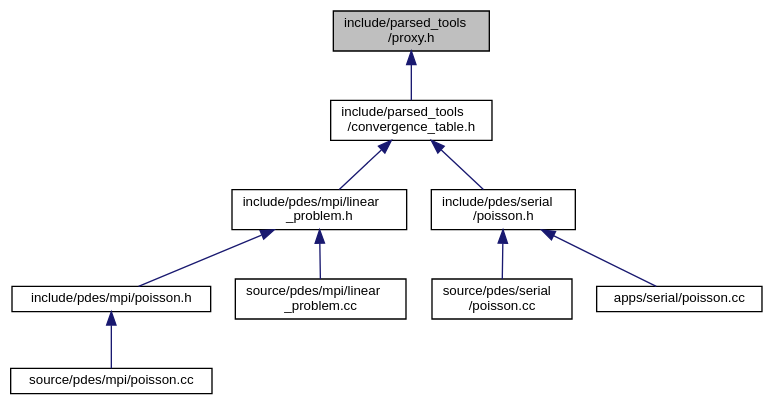
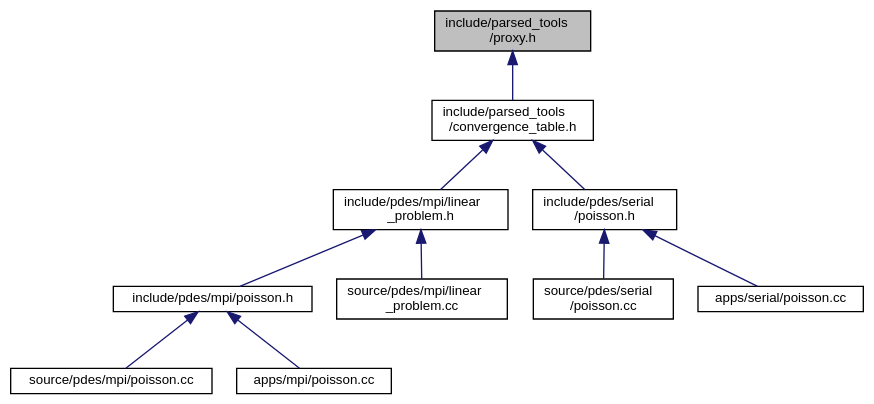
The diagram in proxy_8h__dep__incl.dot (luca-heltai/fsi-suite), drawn with Graphviz before and after one commit. The commit also changed 401 other files, not shown here.

```diff
--- a/proxy_8h__dep__incl.dot
+++ b/proxy_8h__dep__incl.dot
@@ -1,24 +1,26 @@
 digraph "include/parsed_tools/proxy.h"
 {
  // LATEX_PDF_SIZE
   bgcolor="transparent";
   edge [fontname="Helvetica",fontsize="10",labelfontname="Helvetica",labelfontsize="10"];
   node [fontname="Helvetica",fontsize="10",shape=record];
   Node1 [label="include/parsed_tools\l/proxy.h",height=0.2,width=0.4,color="black", fillcolor="grey75", style="filled", fontcolor="black",tooltip=" "];
   Node1 -> Node2 [dir="back",color="midnightblue",fontsize="10",style="solid",fontname="Helvetica"];
   Node2 [label="include/parsed_tools\l/convergence_table.h",height=0.2,width=0.4,color="black",URL="$convergence__table_8h.html",tooltip=" "];
   Node2 -> Node3 [dir="back",color="midnightblue",fontsize="10",style="solid",fontname="Helvetica"];
   Node3 [label="include/pdes/mpi/linear\l_problem.h",height=0.2,width=0.4,color="black",URL="$linear__problem_8h.html",tooltip=" "];
   Node3 -> Node4 [dir="back",color="midnightblue",fontsize="10",style="solid",fontname="Helvetica"];
   Node4 [label="include/pdes/mpi/poisson.h",height=0.2,width=0.4,color="black",URL="$mpi_2poisson_8h.html",tooltip=" "];
   Node4 -> Node5 [dir="back",color="midnightblue",fontsize="10",style="solid",fontname="Helvetica"];
   Node5 [label="source/pdes/mpi/poisson.cc",height=0.2,width=0.4,color="black",URL="$source_2pdes_2mpi_2poisson_8cc.html",tooltip=" "];
-  Node3 -> Node6 [dir="back",color="midnightblue",fontsize="10",style="solid",fontname="Helvetica"];
-  Node6 [label="source/pdes/mpi/linear\l_problem.cc",height=0.2,width=0.4,color="black",URL="$linear__problem_8cc.html",tooltip=" "];
-  Node2 -> Node7 [dir="back",color="midnightblue",fontsize="10",style="solid",fontname="Helvetica"];
-  Node7 [label="include/pdes/serial\l/poisson.h",height=0.2,width=0.4,color="black",URL="$serial_2poisson_8h.html",tooltip=" "];
-  Node7 -> Node8 [dir="back",color="midnightblue",fontsize="10",style="solid",fontname="Helvetica"];
-  Node8 [label="source/pdes/serial\l/poisson.cc",height=0.2,width=0.4,color="black",URL="$source_2pdes_2serial_2poisson_8cc.html",tooltip=" "];
-  Node7 -> Node9 [dir="back",color="midnightblue",fontsize="10",style="solid",fontname="Helvetica"];
-  Node9 [label="apps/serial/poisson.cc",height=0.2,width=0.4,color="black",URL="$apps_2serial_2poisson_8cc.html",tooltip=" "];
+  Node4 -> Node6 [dir="back",color="midnightblue",fontsize="10",style="solid",fontname="Helvetica"];
+  Node6 [label="apps/mpi/poisson.cc",height=0.2,width=0.4,color="black",URL="$apps_2mpi_2poisson_8cc.html",tooltip=" "];
+  Node3 -> Node7 [dir="back",color="midnightblue",fontsize="10",style="solid",fontname="Helvetica"];
+  Node7 [label="source/pdes/mpi/linear\l_problem.cc",height=0.2,width=0.4,color="black",URL="$linear__problem_8cc.html",tooltip=" "];
+  Node2 -> Node8 [dir="back",color="midnightblue",fontsize="10",style="solid",fontname="Helvetica"];
+  Node8 [label="include/pdes/serial\l/poisson.h",height=0.2,width=0.4,color="black",URL="$serial_2poisson_8h.html",tooltip=" "];
+  Node8 -> Node9 [dir="back",color="midnightblue",fontsize="10",style="solid",fontname="Helvetica"];
+  Node9 [label="source/pdes/serial\l/poisson.cc",height=0.2,width=0.4,color="black",URL="$source_2pdes_2serial_2poisson_8cc.html",tooltip=" "];
+  Node8 -> Node10 [dir="back",color="midnightblue",fontsize="10",style="solid",fontname="Helvetica"];
+  Node10 [label="apps/serial/poisson.cc",height=0.2,width=0.4,color="black",URL="$apps_2serial_2poisson_8cc.html",tooltip=" "];
 }
```
